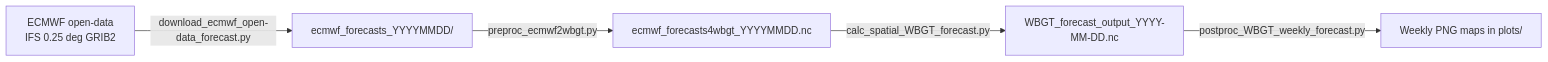
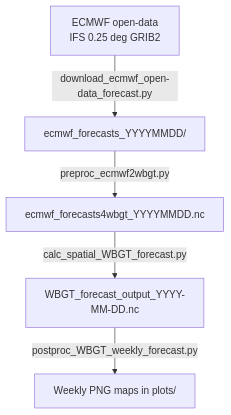
One commit to tamiratB/heat-stress-forecast-tool changed the diagram in README.md. Above: the diagram before and after it, drawn with Mermaid. The commit also changed other lines of this file and 4 other files, not shown here.

````diff
--- a/README.md
+++ b/README.md
@@ -31,7 +31,7 @@
 ```mermaid
-flowchart LR
+flowchart TD
     A[ECMWF open-data<br/>IFS 0.25 deg GRIB2] -->|download_ecmwf_open-data_forecast.py| B[ecmwf_forecasts_YYYYMMDD/]
     B -->|preproc_ecmwf2wbgt.py| C[ecmwf_forecasts4wbgt_YYYYMMDD.nc]
     C -->|calc_spatial_WBGT_forecast.py| D[WBGT_forecast_output_YYYY-MM-DD.nc]
     D -->|postproc_WBGT_weekly_forecast.py| E[Weekly PNG maps in plots/]
 ```
````
